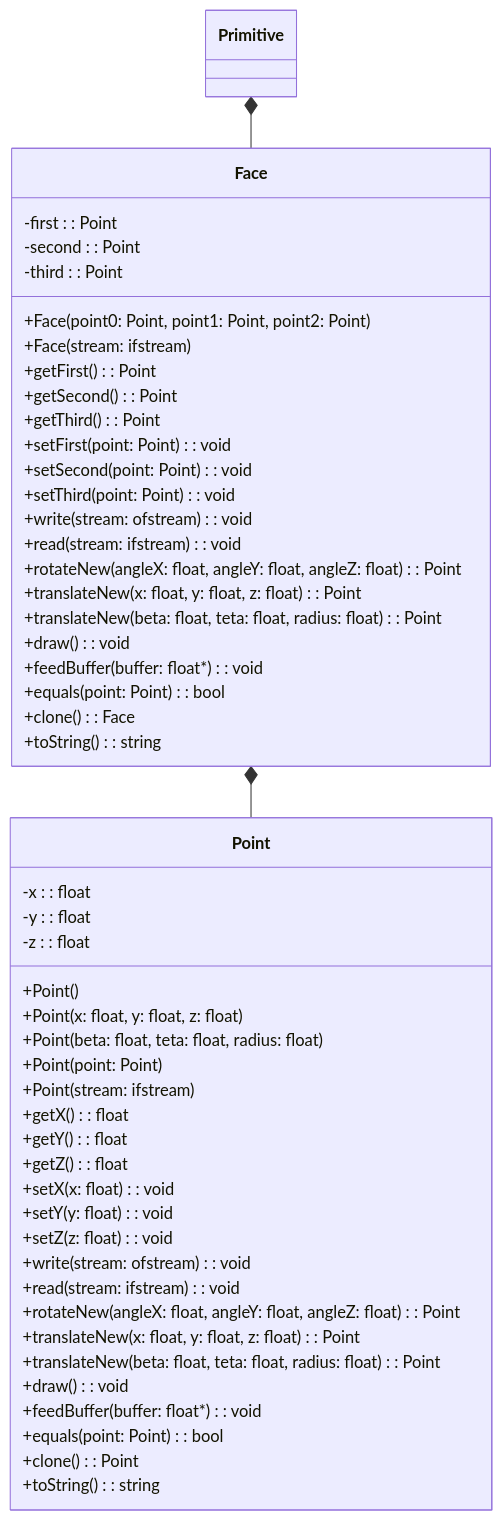
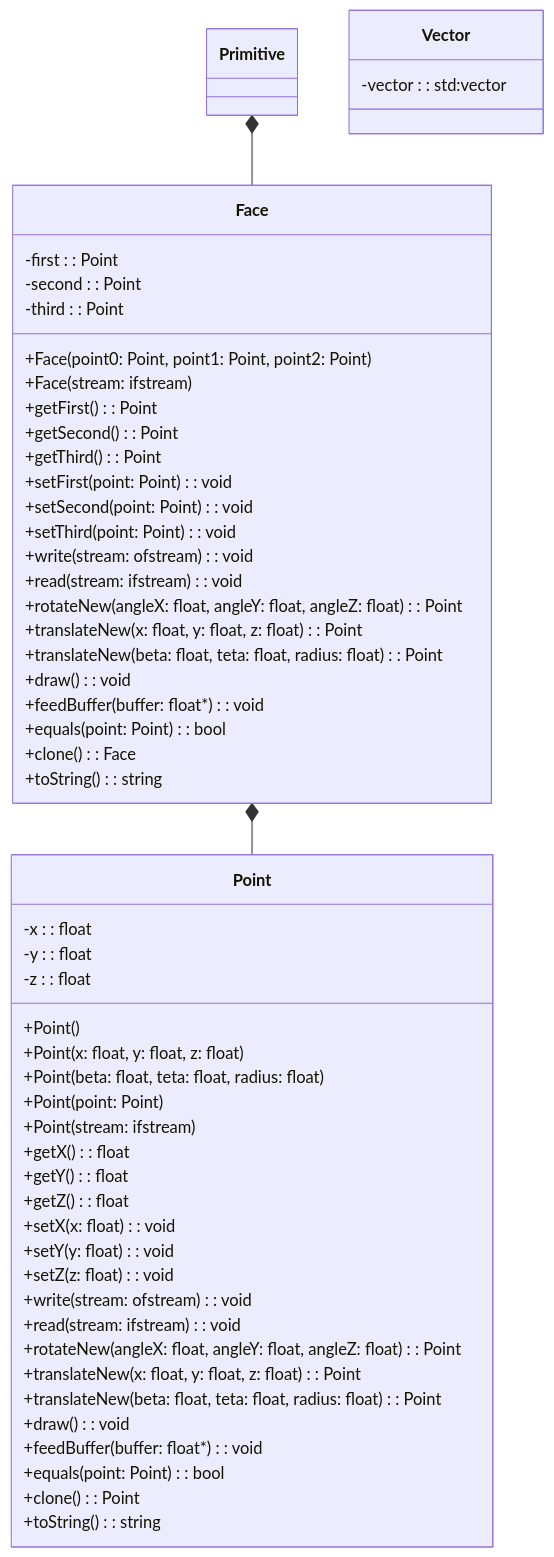
Before and after one commit to guinucool/ProjCompGrafica24UM: the second of 2 diagrams in README.md, drawn with Mermaid. The commit also changed 4 other files, not shown here.

````diff
--- a/README.md
+++ b/README.md
@@ -217,58 +217,60 @@
 ```mermaid
 classDiagram
     class Point {
         -x : : float
         -y : : float
         -z : : float
         +Point()
         +Point(x: float, y: float, z: float)
         +Point(beta: float, teta: float, radius: float)
         +Point(point: Point)
         +Point(stream: ifstream)
         +getX(): float
         +getY(): float
         +getZ(): float
         +setX(x: float): void
         +setY(y: float): void
         +setZ(z: float): void
         +write(stream: ofstream): void
         +read(stream: ifstream): void
         +rotateNew(angleX: float, angleY: float, angleZ: float): Point
         +translateNew(x: float, y: float, z: float): Point
         +translateNew(beta: float, teta: float, radius: float): Point
         +draw(): void
         +feedBuffer(buffer: float*): void
         +equals(point: Point): bool
         +clone(): Point
         +toString(): string
     }
     Face *-- Point
     class Face {
         -first : : Point
         -second : : Point
         -third : : Point
         +Face(point0: Point, point1: Point, point2: Point)
         +Face(stream: ifstream)
         +getFirst(): Point
         +getSecond(): Point
         +getThird(): Point
         +setFirst(point: Point): void
         +setSecond(point: Point): void
         +setThird(point: Point): void
         +write(stream: ofstream): void
         +read(stream: ifstream): void
         +rotateNew(angleX: float, angleY: float, angleZ: float): Point
         +translateNew(x: float, y: float, z: float): Point
         +translateNew(beta: float, teta: float, radius: float): Point
         +draw(): void
         +feedBuffer(buffer: float*): void
         +equals(point: Point): bool
         +clone(): Face
         +toString(): string
     }
     Primitive *-- Face
     class Primitive {
       
     }
-    
+    class Vector {
+      -vector : : std:vector
+    }
 ```
````
